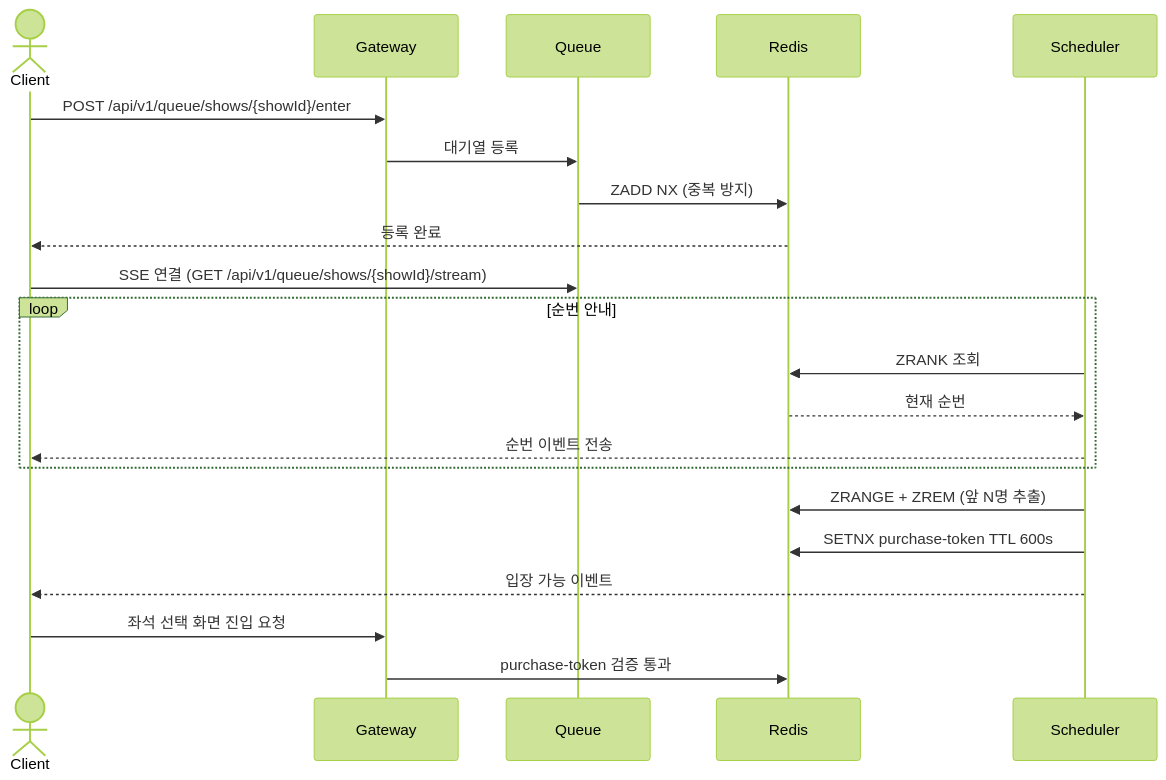
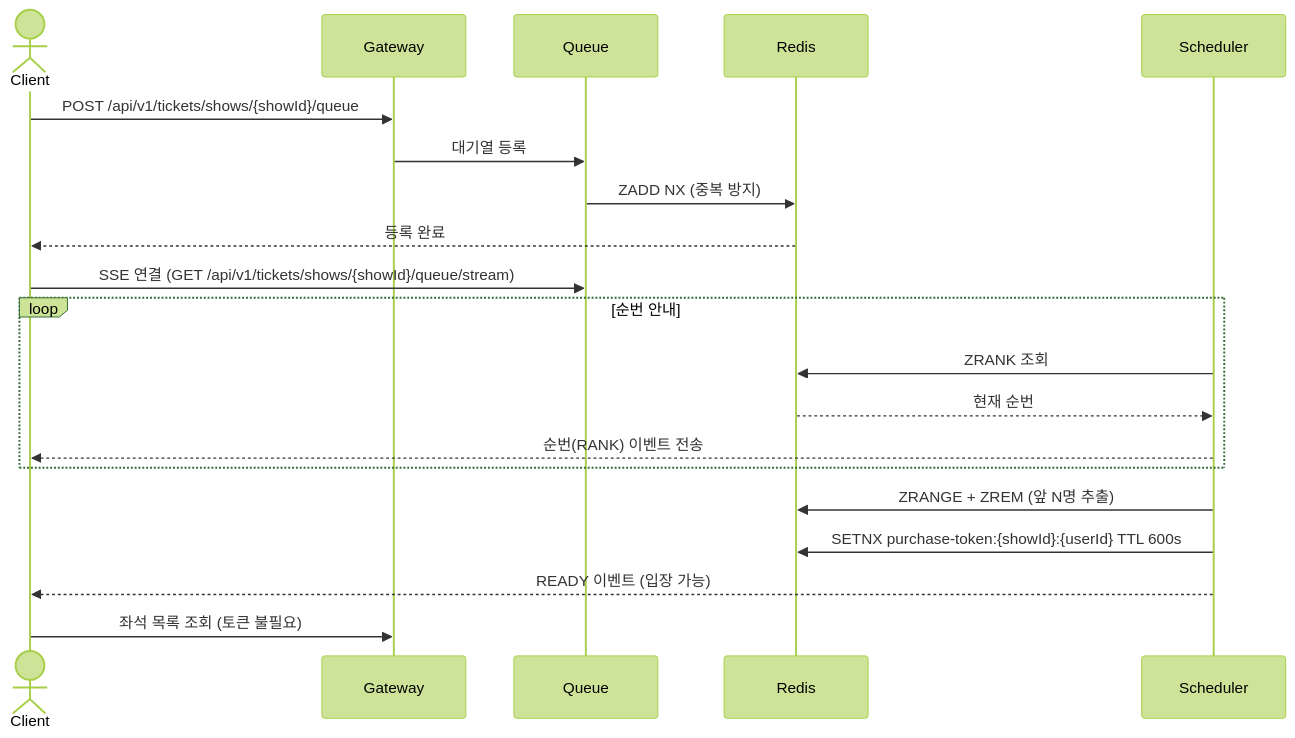
Before and after one commit to 6pm-sparta/6pm: the second of 2 diagrams in docs/ticketing-service/ticketing-system.md, drawn with Mermaid (forest theme). The commit also changed other lines of this file and 2 other files, not shown here.

````diff
--- a/docs/ticketing-service/ticketing-system.md
+++ b/docs/ticketing-service/ticketing-system.md
@@ -103,26 +103,25 @@
 ```mermaid
 sequenceDiagram
     actor Client
     participant Gateway
     participant Queue
     participant Redis
     participant Scheduler
 
-    Client->>Gateway: POST /api/v1/queue/shows/{showId}/enter
+    Client->>Gateway: POST /api/v1/tickets/shows/{showId}/queue
     Gateway->>Queue: 대기열 등록
     Queue->>Redis: ZADD NX (중복 방지)
     Redis-->>Client: 등록 완료
 
-    Client->>Queue: SSE 연결 (GET /api/v1/queue/shows/{showId}/stream)
+    Client->>Queue: SSE 연결 (GET /api/v1/tickets/shows/{showId}/queue/stream)
     loop 순번 안내
         Scheduler->>Redis: ZRANK 조회
         Redis-->>Scheduler: 현재 순번
-        Scheduler-->>Client: 순번 이벤트 전송
+        Scheduler-->>Client: 순번(RANK) 이벤트 전송
     end
 
     Scheduler->>Redis: ZRANGE + ZREM (앞 N명 추출)
-    Scheduler->>Redis: SETNX purchase-token TTL 600s
-    Scheduler-->>Client: 입장 가능 이벤트
-    Client->>Gateway: 좌석 선택 화면 진입 요청
-    Gateway->>Redis: purchase-token 검증 통과
+    Scheduler->>Redis: SETNX purchase-token:{showId}:{userId} TTL 600s
+    Scheduler-->>Client: READY 이벤트 (입장 가능)
+    Client->>Gateway: 좌석 목록 조회 (토큰 불필요)
 ```
````
